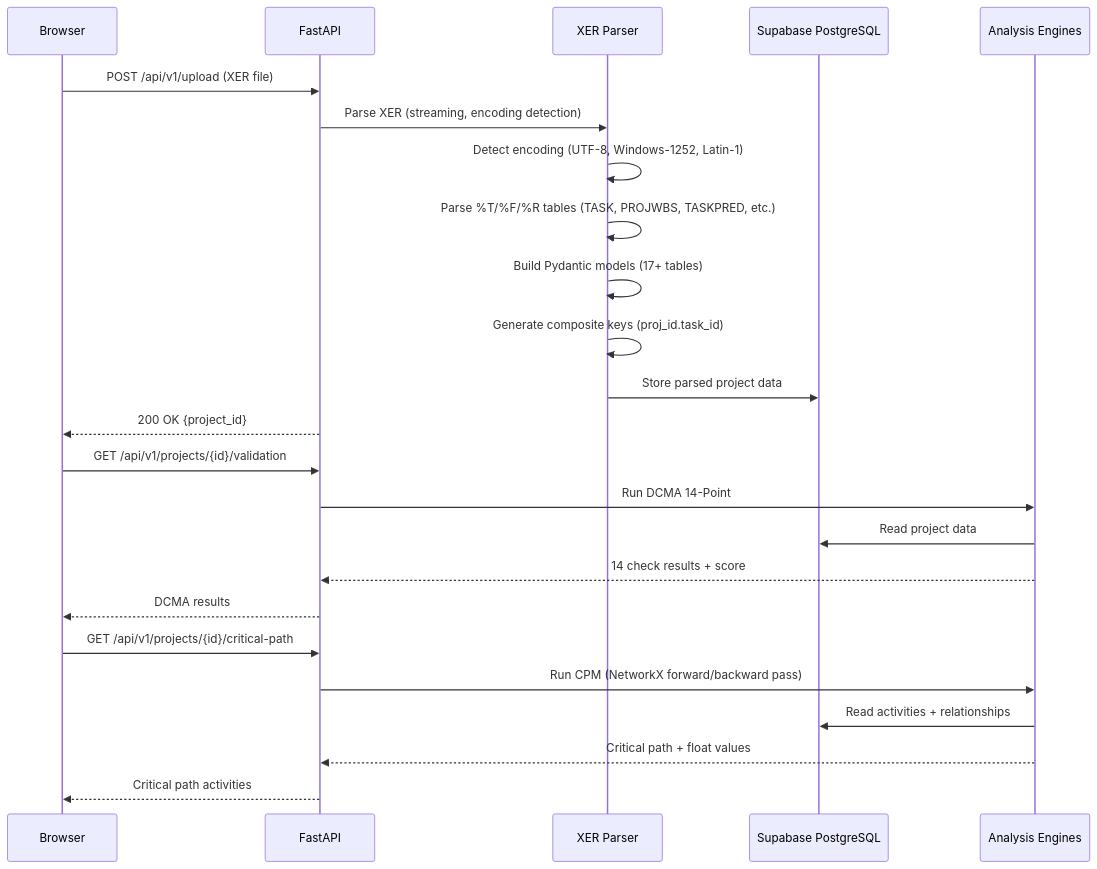
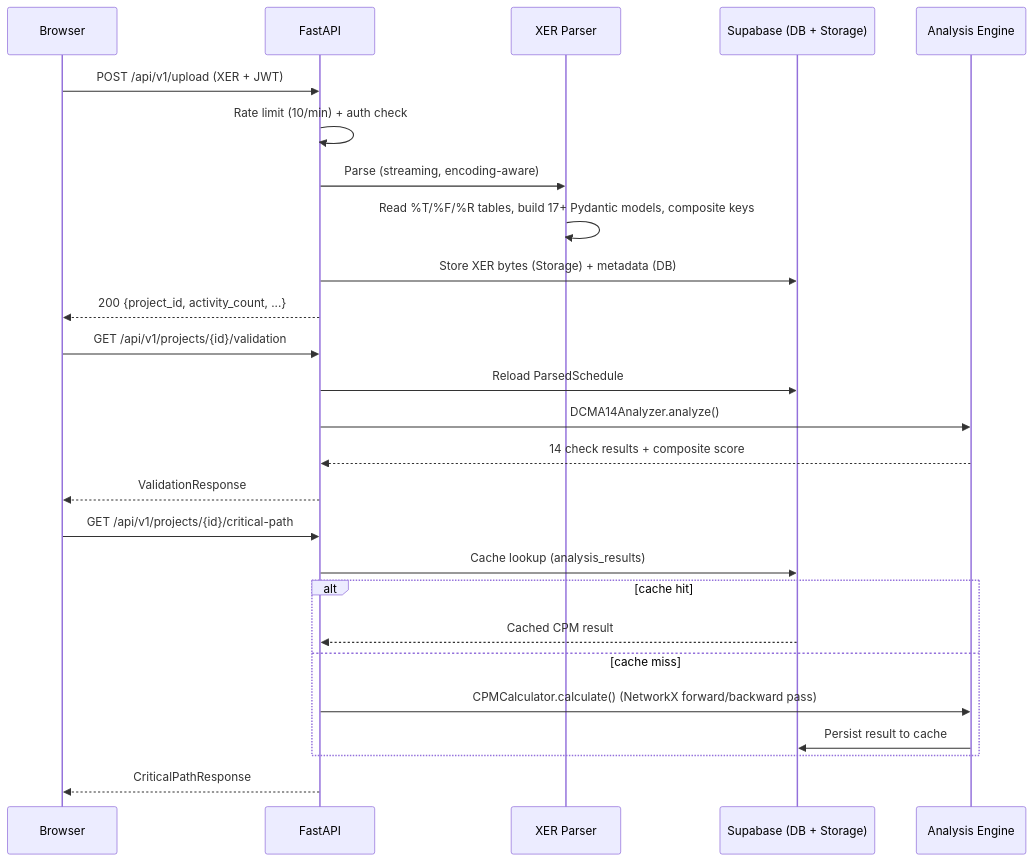
The second of 8 diagrams in docs/architecture.md (VitorMRodovalho/meridianiq), drawn with Mermaid before and after one commit. The commit also changed other lines of this file, not shown here.

First line of the commit message:
docs: refresh architecture.md for v3.6.0 state

````diff
--- a/docs/architecture.md
+++ b/docs/architecture.md
@@ -82,29 +105,31 @@
 ```mermaid
 sequenceDiagram
     participant B as Browser
     participant A as FastAPI
     participant P as XER Parser
-    participant S as Supabase PostgreSQL
-    participant E as Analysis Engines
+    participant S as Supabase (DB + Storage)
+    participant E as Analysis Engine
 
-    B->>A: POST /api/v1/upload (XER file)
-    A->>P: Parse XER (streaming, encoding detection)
-    P->>P: Detect encoding (UTF-8, Windows-1252, Latin-1)
-    P->>P: Parse %T/%F/%R tables (TASK, PROJWBS, TASKPRED, etc.)
-    P->>P: Build Pydantic models (17+ tables)
-    P->>P: Generate composite keys (proj_id.task_id)
-    P->>S: Store parsed project data
-    A-->>B: 200 OK {project_id}
+    B->>A: POST /api/v1/upload (XER + JWT)
+    A->>A: Rate limit (10/min) + auth check
+    A->>P: Parse (streaming, encoding-aware)
+    P->>P: Read %T/%F/%R tables, build 17+ Pydantic models, composite keys
+    A->>S: Store XER bytes (Storage) + metadata (DB)
+    A-->>B: 200 {project_id, activity_count, ...}
 
     B->>A: GET /api/v1/projects/{id}/validation
-    A->>E: Run DCMA 14-Point
-    E->>S: Read project data
-    E-->>A: 14 check results + score
-    A-->>B: DCMA results
+    A->>S: Reload ParsedSchedule
+    A->>E: DCMA14Analyzer.analyze()
+    E-->>A: 14 check results + composite score
+    A-->>B: ValidationResponse
 
     B->>A: GET /api/v1/projects/{id}/critical-path
-    A->>E: Run CPM (NetworkX forward/backward pass)
-    E->>S: Read activities + relationships
-    E-->>A: Critical path + float values
-    A-->>B: Critical path activities
+    A->>S: Cache lookup (analysis_results)
+    alt cache hit
+        S-->>A: Cached CPM result
+    else cache miss
+        A->>E: CPMCalculator.calculate() (NetworkX forward/backward pass)
+        E->>S: Persist result to cache
+    end
+    A-->>B: CriticalPathResponse
 ```
````
